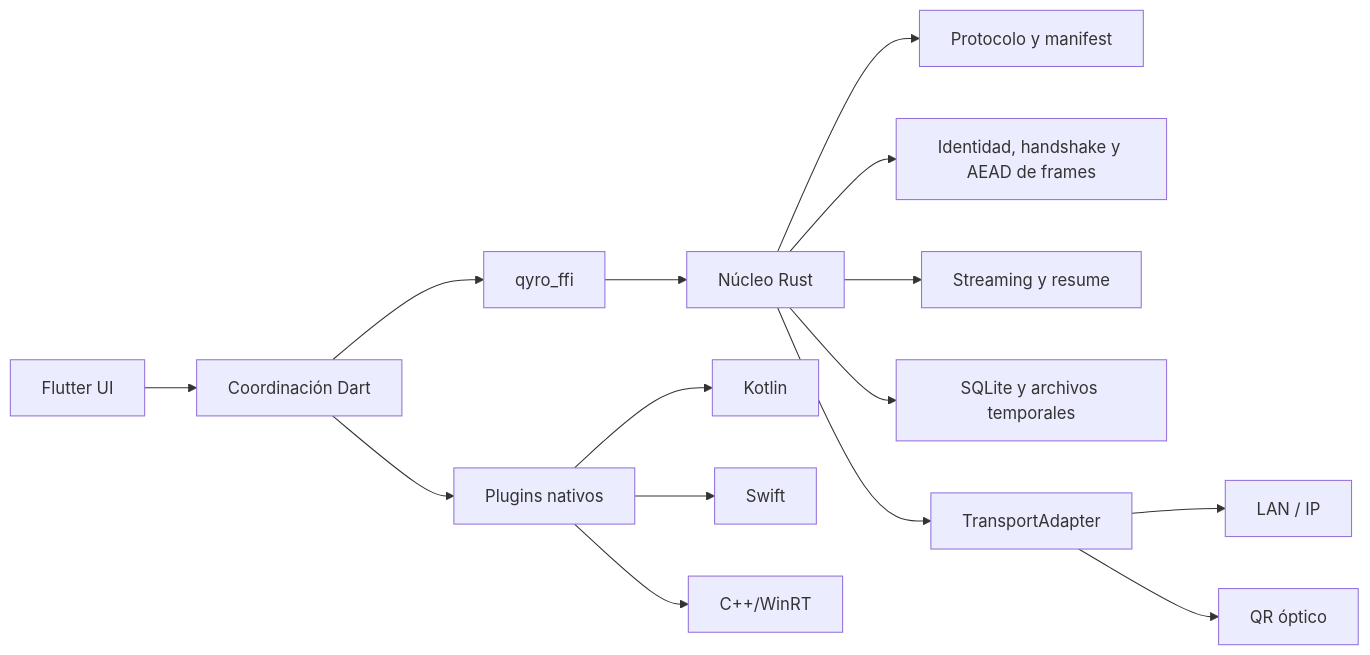
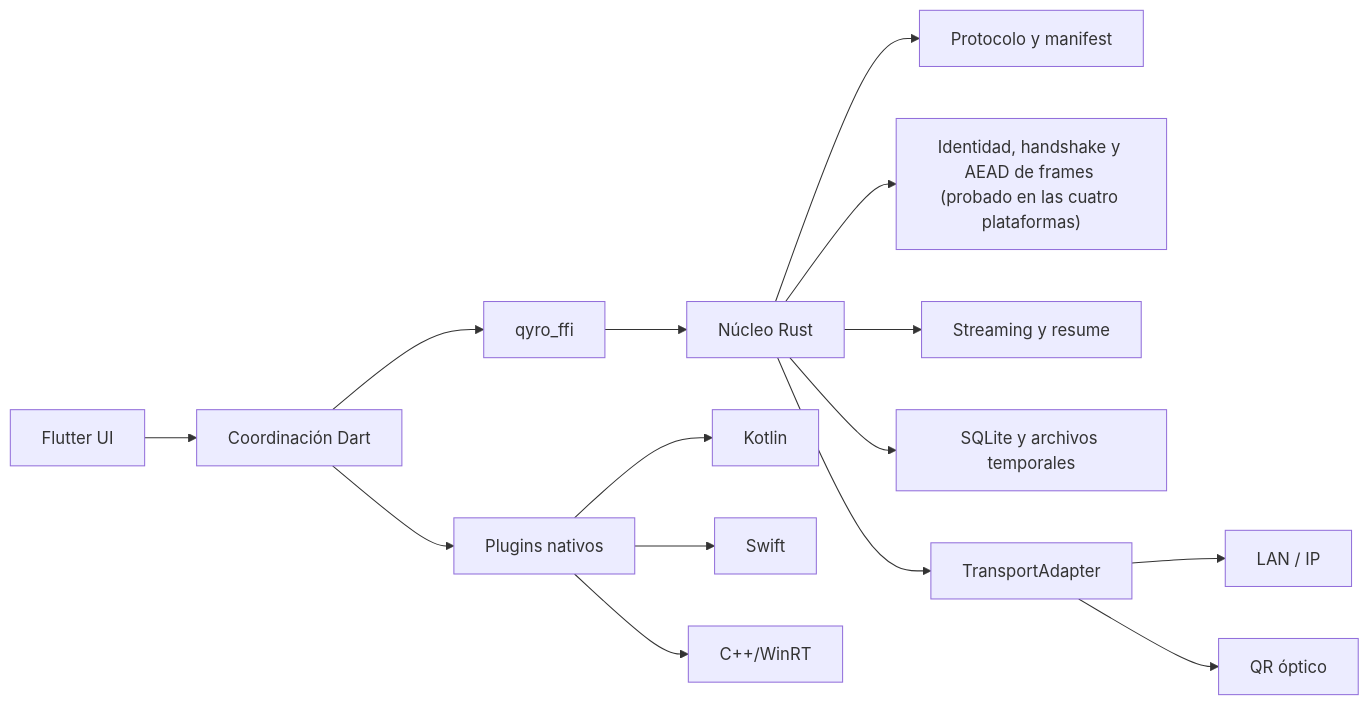
The first of 2 diagrams in ARCHITECTURE.md (M1gu3hb/-Qyro), drawn with Mermaid before and after one commit. The commit also changed 4 other files, not shown here.

First line of the commit message:
docs: align the architecture and testing documents with 4C.1

````diff
--- a/ARCHITECTURE.md
+++ b/ARCHITECTURE.md
@@ -5,17 +5,17 @@
 ```mermaid
 flowchart LR
   UI["Flutter UI"] --> APP["Coordinación Dart"]
   APP --> FFI["qyro_ffi"]
   FFI --> CORE["Núcleo Rust"]
   CORE --> PROTOCOL["Protocolo y manifest"]
-  CORE --> SECURITY["Identidad, handshake y AEAD de frames"]
+  CORE --> SECURITY["Identidad, handshake y AEAD de frames (probado en las cuatro plataformas)"]
   CORE --> TRANSFER["Streaming y resume"]
   CORE --> STORAGE["SQLite y archivos temporales"]
   CORE --> TRANSPORT["TransportAdapter"]
   TRANSPORT --> LAN["LAN / IP"]
   TRANSPORT --> OPTICAL["QR óptico"]
   APP --> NATIVE["Plugins nativos"]
   NATIVE --> ANDROID["Kotlin"]
   NATIVE --> IOS["Swift"]
   NATIVE --> WINDOWS["C++/WinRT"]
 ```
````
